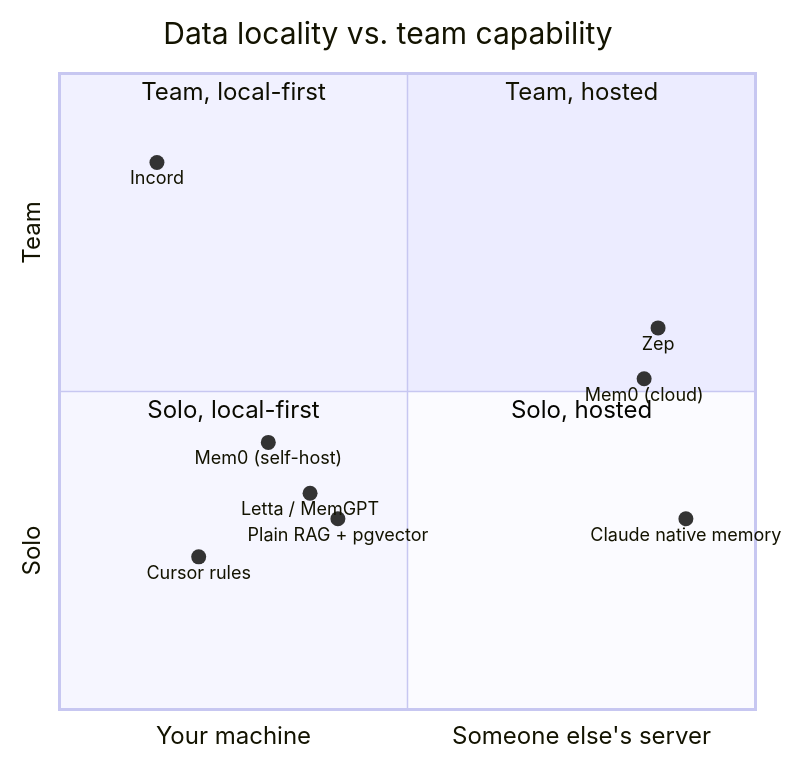
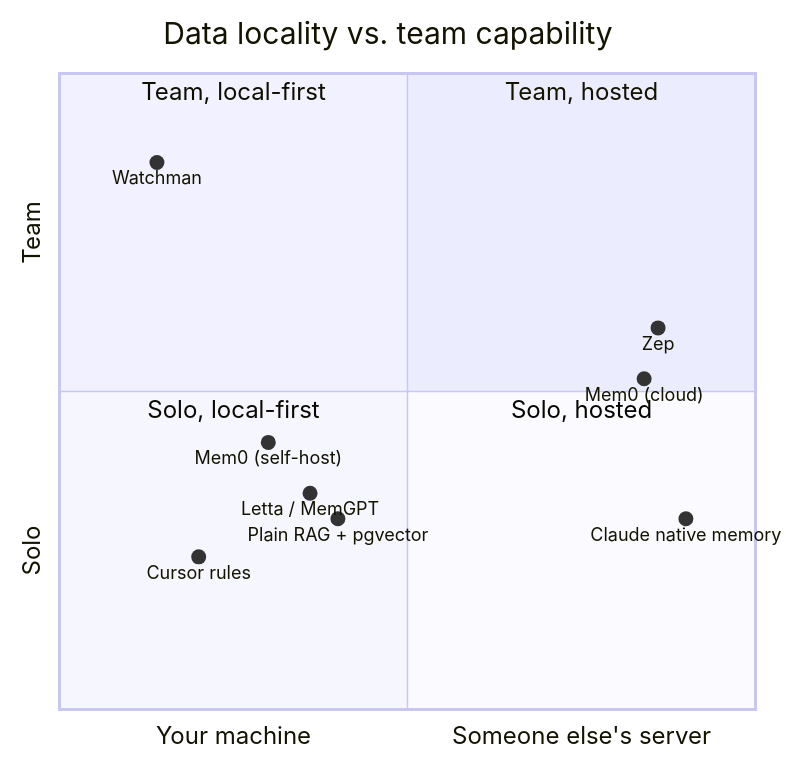
Before and after one commit to incordai/watchman: the first of 8 diagrams in README.md, drawn with Mermaid. The commit also changed other lines of this file, not shown here.

````diff
--- a/README.md
+++ b/README.md
@@ -104,18 +155,18 @@
 ```mermaid
 quadrantChart
     title Data locality vs. team capability
     x-axis "Your machine" --> "Someone else's server"
     y-axis "Solo" --> "Team"
     quadrant-1 "Team, hosted"
     quadrant-2 "Team, local-first"
     quadrant-3 "Solo, local-first"
     quadrant-4 "Solo, hosted"
-    "Incord": [0.14, 0.86]
+    "Watchman": [0.14, 0.86]
     "Mem0 (self-host)": [0.30, 0.42]
     "Mem0 (cloud)": [0.84, 0.52]
     "Zep": [0.86, 0.60]
     "Letta / MemGPT": [0.36, 0.34]
     "Claude native memory": [0.90, 0.30]
     "Cursor rules": [0.20, 0.24]
     "Plain RAG + pgvector": [0.40, 0.30]
 ```
````
